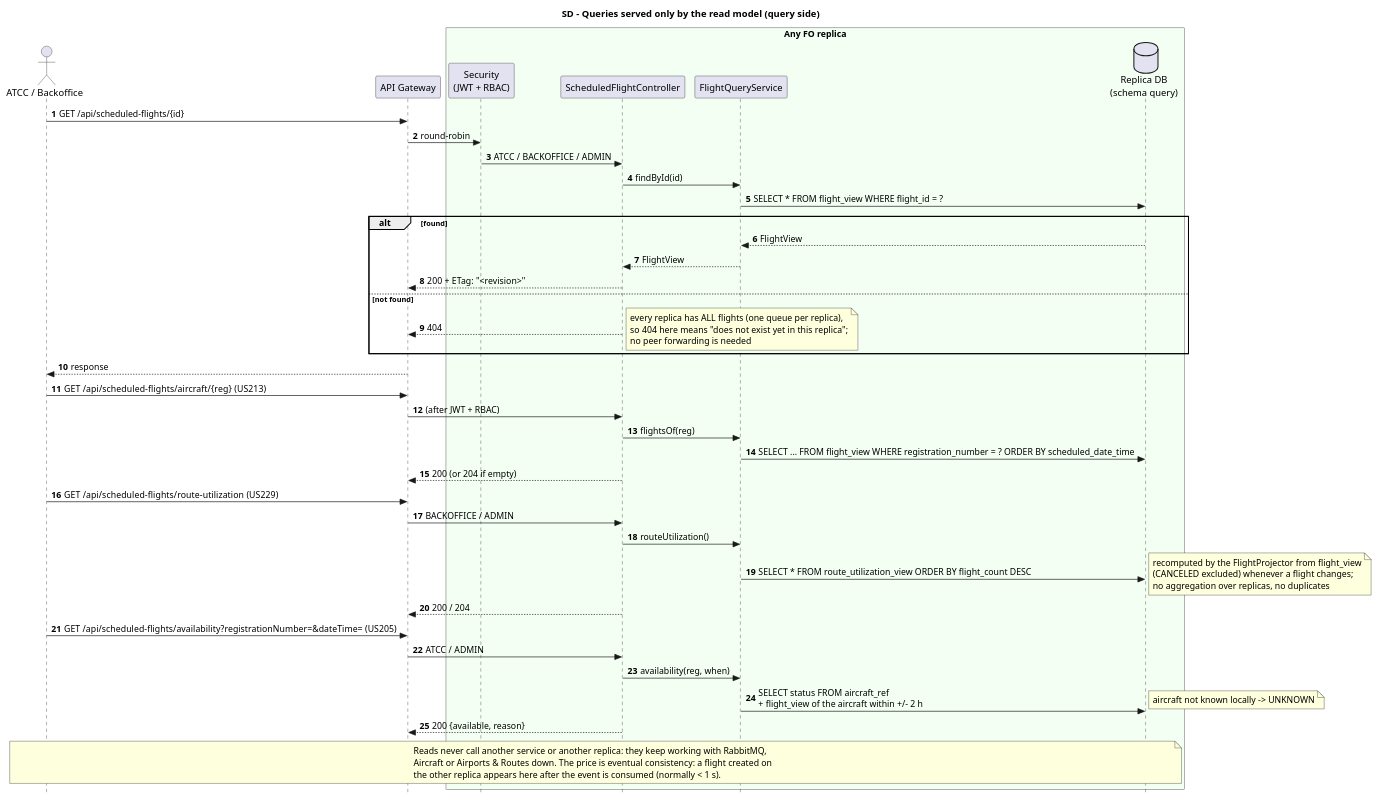
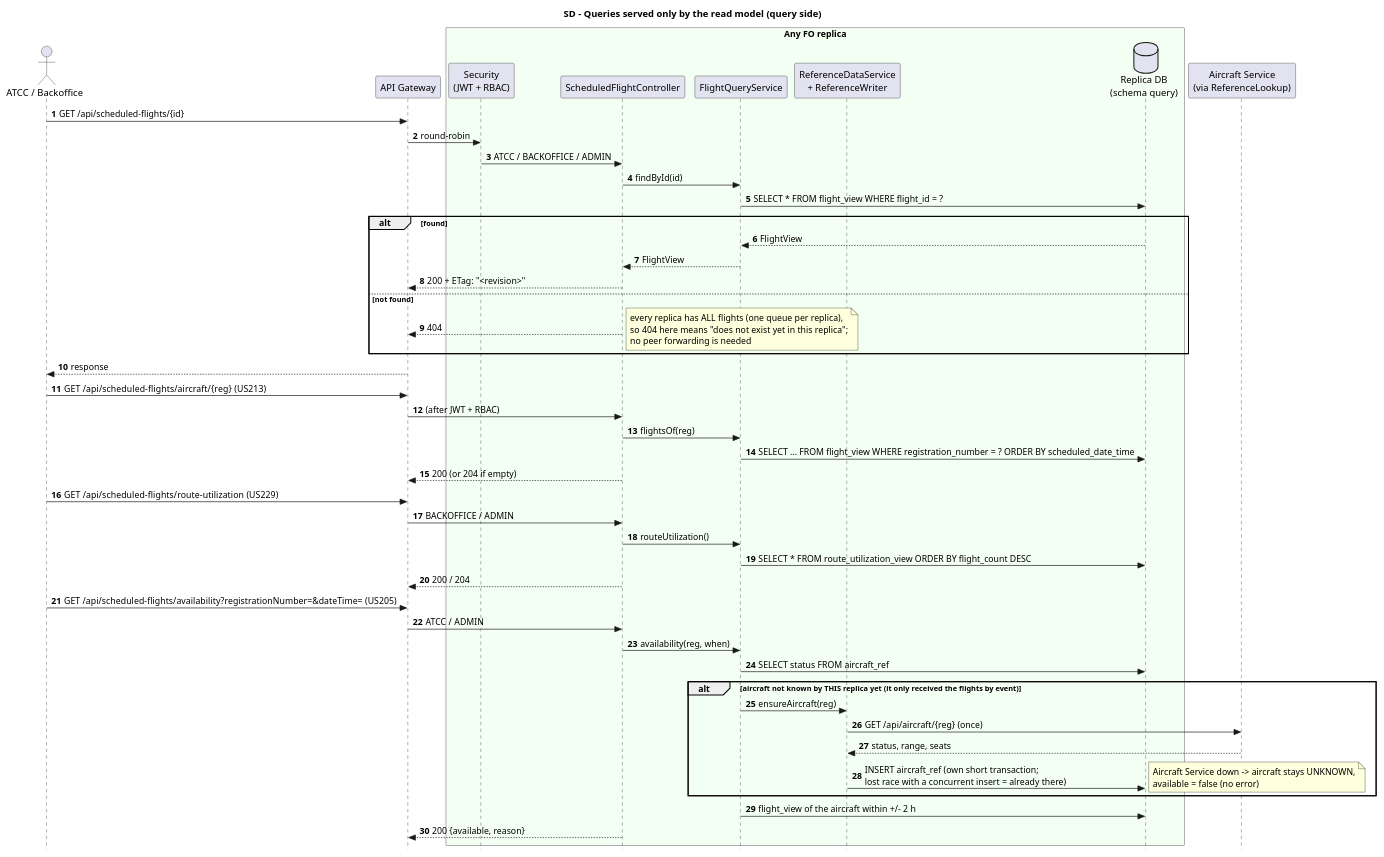
One commit to anamartasilvaa/SIDIG_AI_Safe changed the diagram in Services/Flighting Operations/docs/sd-query-read-model.puml. Above: the diagram before and after it, drawn with PlantUML. The commit also changed 27 other files, not shown here.

Commit message:
documentação e diagramas atualizados

```diff
--- a/Services/Flighting Operations/docs/sd-query-read-model.puml
+++ b/Services/Flighting Operations/docs/sd-query-read-model.puml
@@ -1,55 +1,58 @@
 @startuml sd-query-read-model
 skinparam style strictuml
 autonumber
 title SD - Queries served only by the read model (query side)
 
 actor "ATCC / Backoffice" as User
 participant "API Gateway" as GW
 box "Any FO replica" #F4FFF4
 participant "Security\n(JWT + RBAC)" as Sec
 participant "ScheduledFlightController" as Ctrl
 participant "FlightQueryService" as Svc
+participant "ReferenceDataService\n+ ReferenceWriter" as Ref
 database "Replica DB\n(schema query)" as DB
 end box
+participant "Aircraft Service\n(via ReferenceLookup)" as AC
 
 User -> GW : GET /api/scheduled-flights/{id}
 GW -> Sec : round-robin
 Sec -> Ctrl : ATCC / BACKOFFICE / ADMIN
 Ctrl -> Svc : findById(id)
 Svc -> DB : SELECT * FROM flight_view WHERE flight_id = ?
 alt found
   DB --> Svc : FlightView
   Svc --> Ctrl : FlightView
   Ctrl --> GW : 200 + ETag: "<revision>"
 else not found
   Ctrl --> GW : 404
   note right : every replica has ALL flights (one queue per replica),\nso 404 here means "does not exist yet in this replica";\nno peer forwarding is needed
 end
 GW --> User : response
 
 User -> GW : GET /api/scheduled-flights/aircraft/{reg}   (US213)
 GW -> Ctrl : (after JWT + RBAC)
 Ctrl -> Svc : flightsOf(reg)
 Svc -> DB : SELECT ... FROM flight_view WHERE registration_number = ? ORDER BY scheduled_date_time
 Ctrl --> GW : 200 (or 204 if empty)
 
 User -> GW : GET /api/scheduled-flights/route-utilization   (US229)
 GW -> Ctrl : BACKOFFICE / ADMIN
 Ctrl -> Svc : routeUtilization()
 Svc -> DB : SELECT * FROM route_utilization_view ORDER BY flight_count DESC
-note right : recomputed by the FlightProjector from flight_view\n(CANCELED excluded) whenever a flight changes;\nno aggregation over replicas, no duplicates
 Ctrl --> GW : 200 / 204
 
 User -> GW : GET /api/scheduled-flights/availability?registrationNumber=&dateTime=   (US205)
 GW -> Ctrl : ATCC / ADMIN
 Ctrl -> Svc : availability(reg, when)
-Svc -> DB : SELECT status FROM aircraft_ref\n+ flight_view of the aircraft within +/- 2 h
-note right : aircraft not known locally -> UNKNOWN
+Svc -> DB : SELECT status FROM aircraft_ref
+alt aircraft not known by THIS replica yet (it only received the flights by event)
+  Svc -> Ref : ensureAircraft(reg)
+  Ref -> AC : GET /api/aircraft/{reg} (once)
+  AC --> Ref : status, range, seats
+  Ref -> DB : INSERT aircraft_ref (own short transaction;\nlost race with a concurrent insert = already there)
+  note right : Aircraft Service down -> aircraft stays UNKNOWN,\navailable = false (no error)
+end
+Svc -> DB : flight_view of the aircraft within +/- 2 h
 Ctrl --> GW : 200 {available, reason}
 
-note over User, DB
-  Reads never call another service or another replica: they keep working with RabbitMQ,
-  Aircraft or Airports & Routes down. The price is eventual consistency: a flight created on
-  the other replica appears here after the event is consumed (normally < 1 s).
-end note
 @enduml
```
